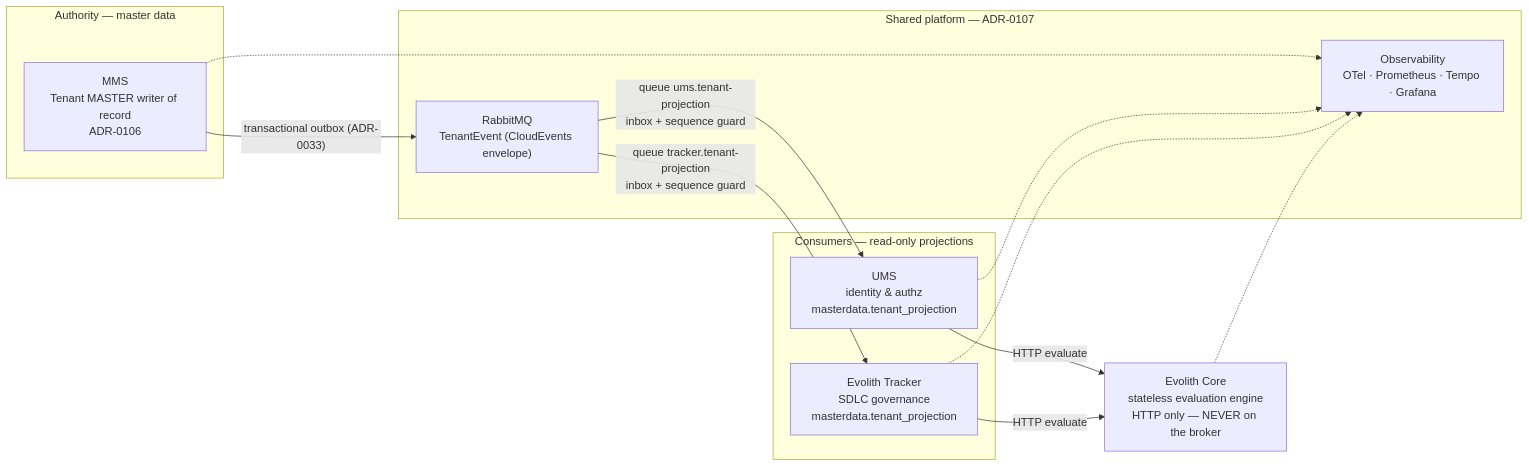
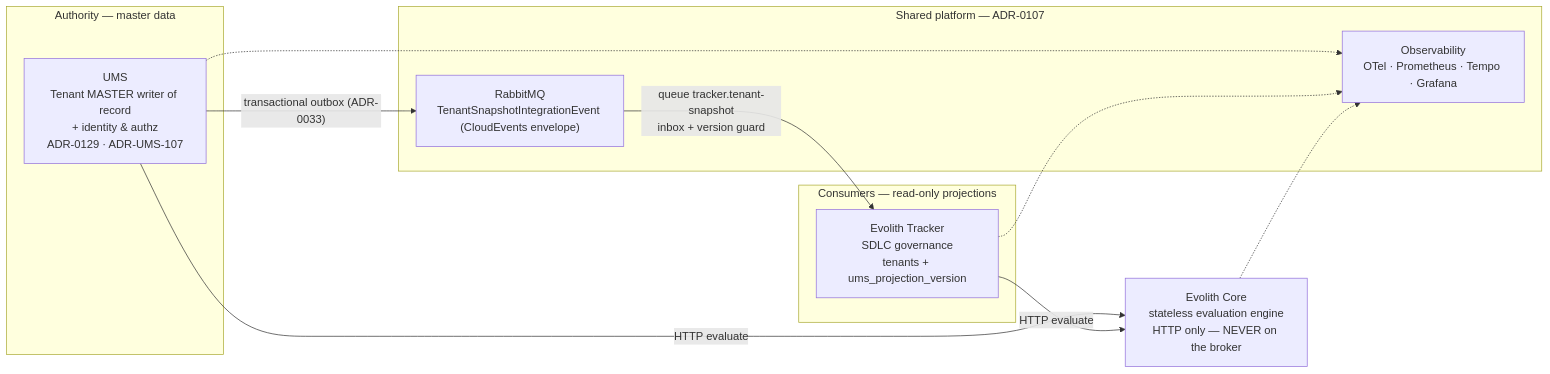
One commit to beyondnetcode/evolith_arch32 changed the first of 2 diagrams in product/suite/architecture/evolith-suite-deployment-strategy.md. Above: the diagram before and after it, drawn with Mermaid. The commit also changed other lines of this file and 1 other file, not shown here.

````diff
--- a/product/suite/architecture/evolith-suite-deployment-strategy.md
+++ b/product/suite/architecture/evolith-suite-deployment-strategy.md
@@ -52,25 +54,22 @@
 ```mermaid
 flowchart LR
   subgraph MASTER["Authority — master data"]
-    MMS["MMS<br/>Tenant MASTER writer of record<br/>ADR-0106"]
+    UMS["UMS<br/>Tenant MASTER writer of record<br/>+ identity & authz<br/>ADR-0129 · ADR-UMS-107"]
   end
   subgraph PLATFORM["Shared platform — ADR-0107"]
-    BUS["RabbitMQ<br/>TenantEvent (CloudEvents envelope)"]
+    BUS["RabbitMQ<br/>TenantSnapshotIntegrationEvent (CloudEvents envelope)"]
     OBS["Observability<br/>OTel · Prometheus · Tempo · Grafana"]
   end
   subgraph CONSUMERS["Consumers — read-only projections"]
-    UMS["UMS<br/>identity & authz<br/>masterdata.tenant_projection"]
-    TRK["Evolith Tracker<br/>SDLC governance<br/>masterdata.tenant_projection"]
+    TRK["Evolith Tracker<br/>SDLC governance<br/>tenants + ums_projection_version"]
   end
   CORE["Evolith Core<br/>stateless evaluation engine<br/>HTTP only — NEVER on the broker"]
 
-  MMS -- "transactional outbox (ADR-0033)" --> BUS
-  BUS -- "queue ums.tenant-projection<br/>inbox + sequence guard" --> UMS
-  BUS -- "queue tracker.tenant-projection<br/>inbox + sequence guard" --> TRK
+  UMS -- "transactional outbox (ADR-0033)" --> BUS
+  BUS -- "queue tracker.tenant-snapshot<br/>inbox + version guard" --> TRK
   UMS -- "HTTP evaluate" --> CORE
   TRK -- "HTTP evaluate" --> CORE
-  MMS -.-> OBS
   UMS -.-> OBS
   TRK -.-> OBS
   CORE -.-> OBS
 ```
````
